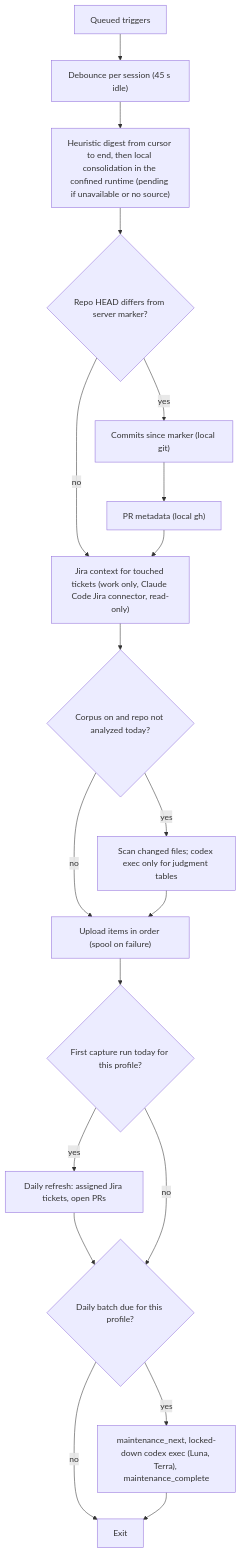
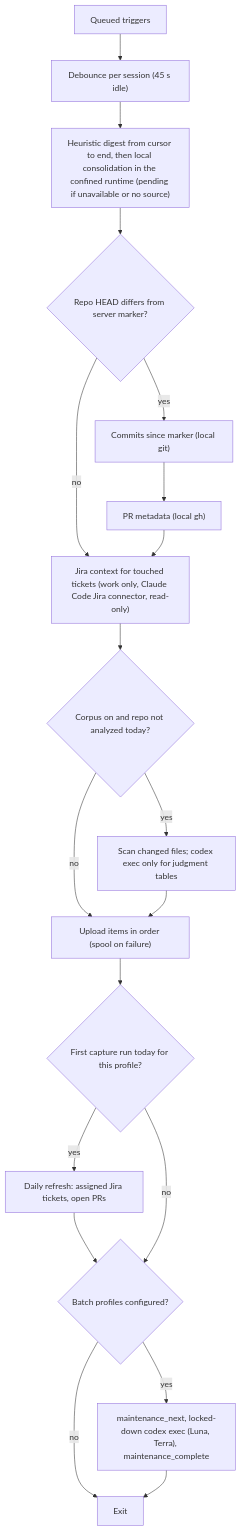
The fifth of 7 diagrams in docs/architecture.md (wrick17/agent-memory), drawn with Mermaid before and after one commit. The commit also changed other lines of this file and 17 other files, not shown here.

````diff
--- a/docs/architecture.md
+++ b/docs/architecture.md
@@ -1452,21 +1454,21 @@
 ```mermaid
 flowchart TD
 	S["Queued triggers"] --> D["Debounce per session (45 s idle)"]
 	D --> C["Heuristic digest from cursor to end, then local consolidation in the confined runtime (pending if unavailable or no source)"]
 	C --> M{"Repo HEAD differs from server marker?"}
 	M -->|no| J
 	M -->|yes| G["Commits since marker (local git)"]
 	G --> P["PR metadata (local gh)"]
 	P --> J["Jira context for touched tickets (work only, Claude Code Jira connector, read-only)"]
 	J --> A{"Corpus on and repo not analyzed today?"}
 	A -->|yes| X["Scan changed files; codex exec only for judgment tables"]
 	A -->|no| U
 	X --> U["Upload items in order (spool on failure)"]
 	U --> R{"First capture run today for this profile?"}
 	R -->|yes| F["Daily refresh: assigned Jira tickets, open PRs"]
 	F --> Q
-	R -->|no| Q{"Daily batch due for this profile?"}
+	R -->|no| Q{"Batch profiles configured?"}
 	Q -->|yes| B["maintenance_next, locked-down codex exec (Luna, Terra), maintenance_complete"]
 	Q -->|no| E["Exit"]
 	B --> E
 ```
````
